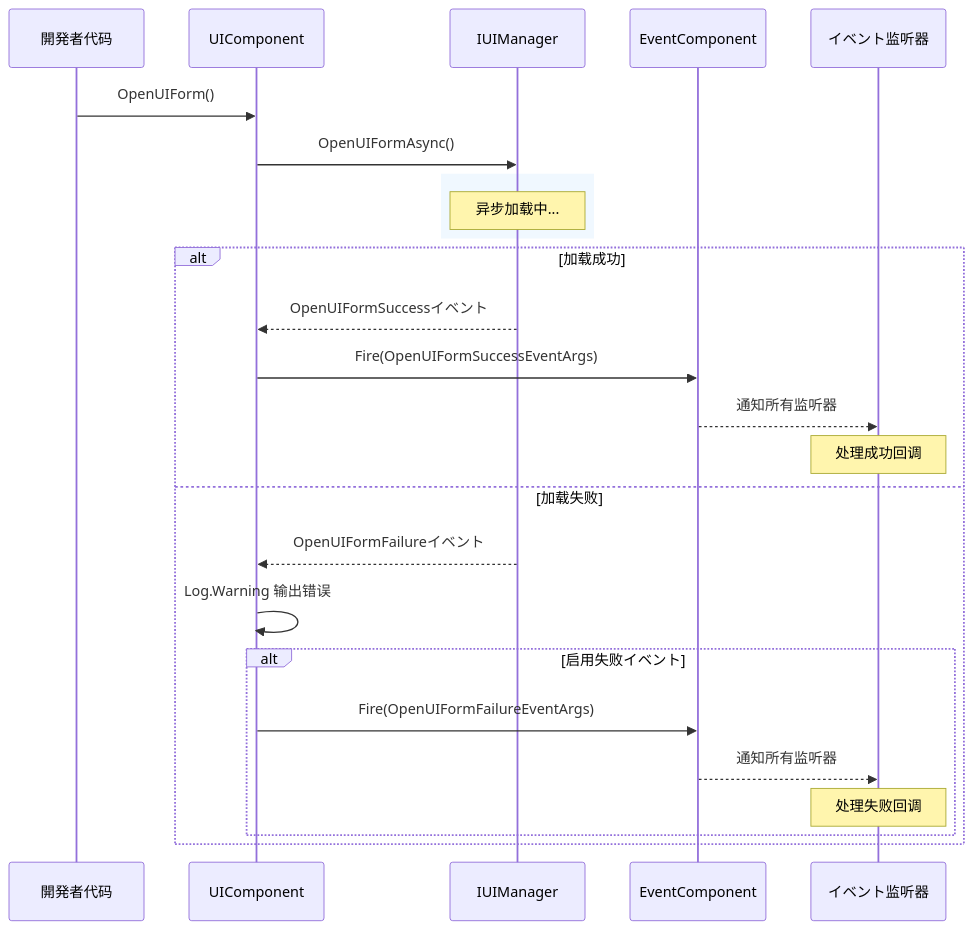
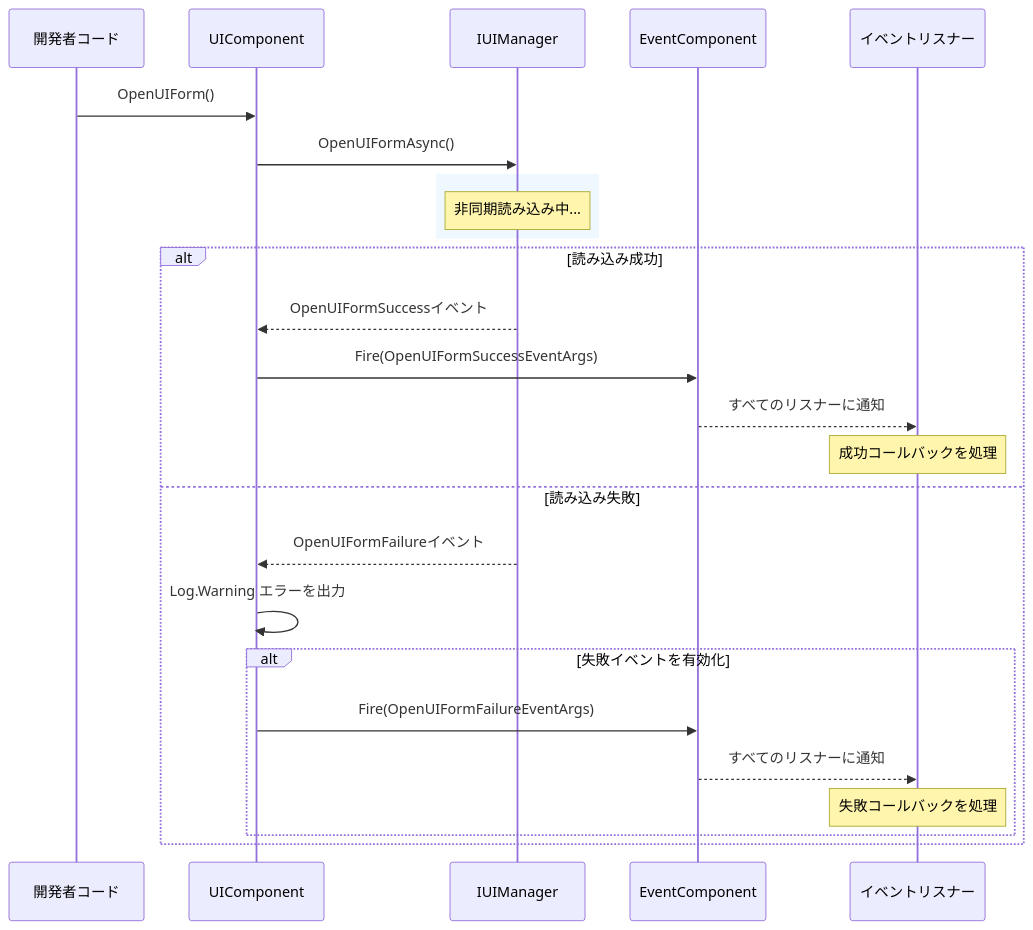
Before and after one commit to AlianBlank/GameFrameX.Docs: the second of 3 diagrams in docs/ja/client/unity/component/ui/08.event-system.md, drawn with Mermaid. The commit also changed other lines of this file and 320 other files, not shown here.

````diff
--- a/docs/ja/client/unity/component/ui/08.event-system.md
+++ b/docs/ja/client/unity/component/ui/08.event-system.md
@@ -435,30 +435,30 @@
 ```mermaid
 sequenceDiagram
-    participant User as 開発者代码
+    participant User as 開発者コード
     participant UIComp as UIComponent
     participant UIMgr as IUIManager
     participant EventComp as EventComponent
-    participant Listener as イベント监听器
+    participant Listener as イベントリスナー
     
     User->>UIComp: OpenUIForm()
     UIComp->>UIMgr: OpenUIFormAsync()
     
     rect rgb(240, 248, 255)
-        Note over UIMgr: 异步加载中...
+        Note over UIMgr: 非同期読み込み中...
     end
     
-    alt 加载成功
+    alt 読み込み成功
         UIMgr-->>UIComp: OpenUIFormSuccessイベント
         UIComp->>EventComp: Fire(OpenUIFormSuccessEventArgs)
-        EventComp-->>Listener: 通知所有监听器
-        Note over Listener: 处理成功回调
-    else 加载失败
+        EventComp-->>Listener: すべてのリスナーに通知
+        Note over Listener: 成功コールバックを処理
+    else 読み込み失敗
         UIMgr-->>UIComp: OpenUIFormFailureイベント
-        UIComp->>UIComp: Log.Warning 输出错误
-        alt 启用失败イベント
+        UIComp->>UIComp: Log.Warning エラーを出力
+        alt 失敗イベントを有効化
             UIComp->>EventComp: Fire(OpenUIFormFailureEventArgs)
-            EventComp-->>Listener: 通知所有监听器
-            Note over Listener: 处理失败回调
+            EventComp-->>Listener: すべてのリスナーに通知
+            Note over Listener: 失敗コールバックを処理
         end
     end
 ```
````
